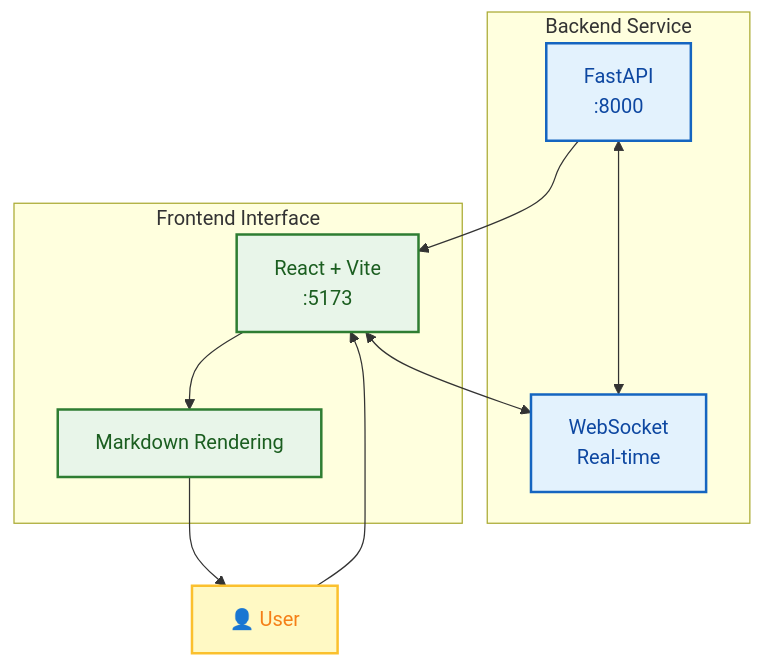
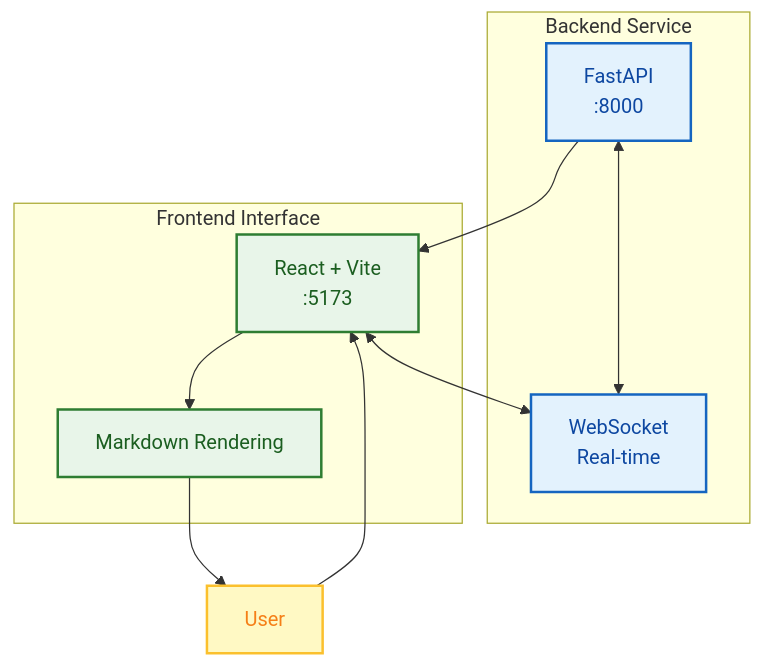
One commit to xt765/FinchBot changed the second of 3 diagrams in docs/en-US/guide/usage.md. Above: the diagram before and after it, drawn with Mermaid. The commit also changed other lines of this file and 18 other files, not shown here.

First line of the commit message:
docs: 简化架构图并删除所有mermaid图中的表情包

````diff
--- a/docs/en-US/guide/usage.md
+++ b/docs/en-US/guide/usage.md
@@ -72,25 +70,24 @@
 ```mermaid
 flowchart TB
-    %% Style Definitions
     classDef backend fill:#e3f2fd,stroke:#1565c0,stroke-width:2px,color:#0d47a1;
     classDef frontend fill:#e8f5e9,stroke:#2e7d32,stroke-width:2px,color:#1b5e20;
     classDef user fill:#fff9c4,stroke:#fbc02d,stroke-width:2px,color:#f57f17;
 
     subgraph Backend [Backend Service]
         API[FastAPI<br/>:8000]:::backend
         WS[WebSocket<br/>Real-time]:::backend
     end
 
     subgraph Frontend [Frontend Interface]
         React[React + Vite<br/>:5173]:::frontend
         MD[Markdown Rendering]:::frontend
     end
 
-    U[👤 User]:::user --> React
+    U[User]:::user --> React
     React <--> WS
     WS <--> API
 
     API --> React
     React --> MD
     MD --> U
 ```
````
